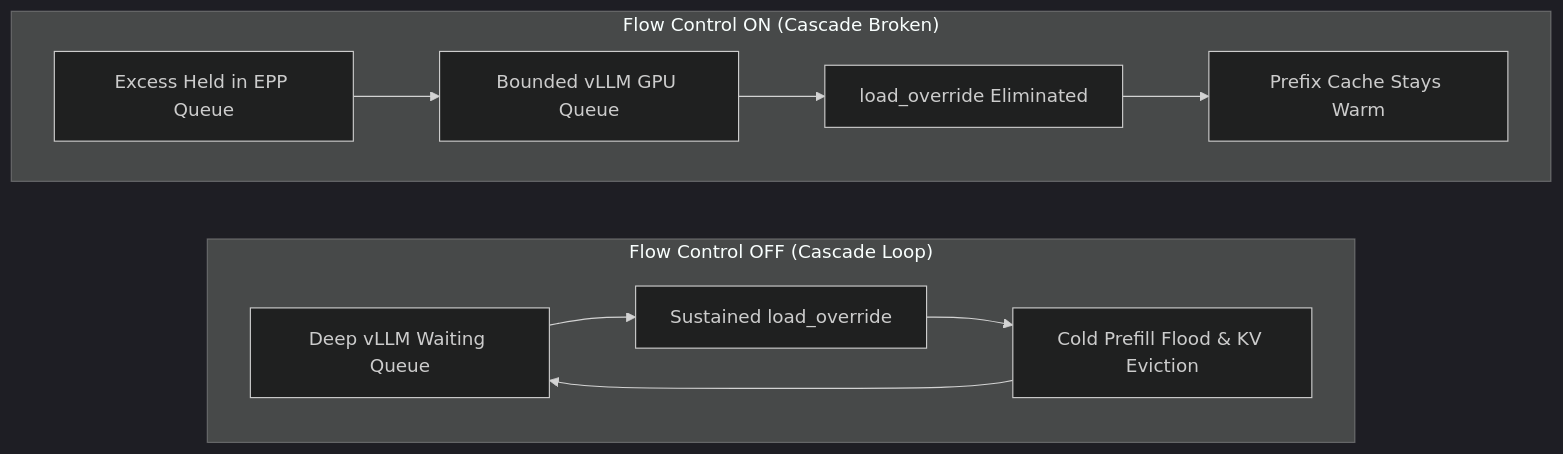
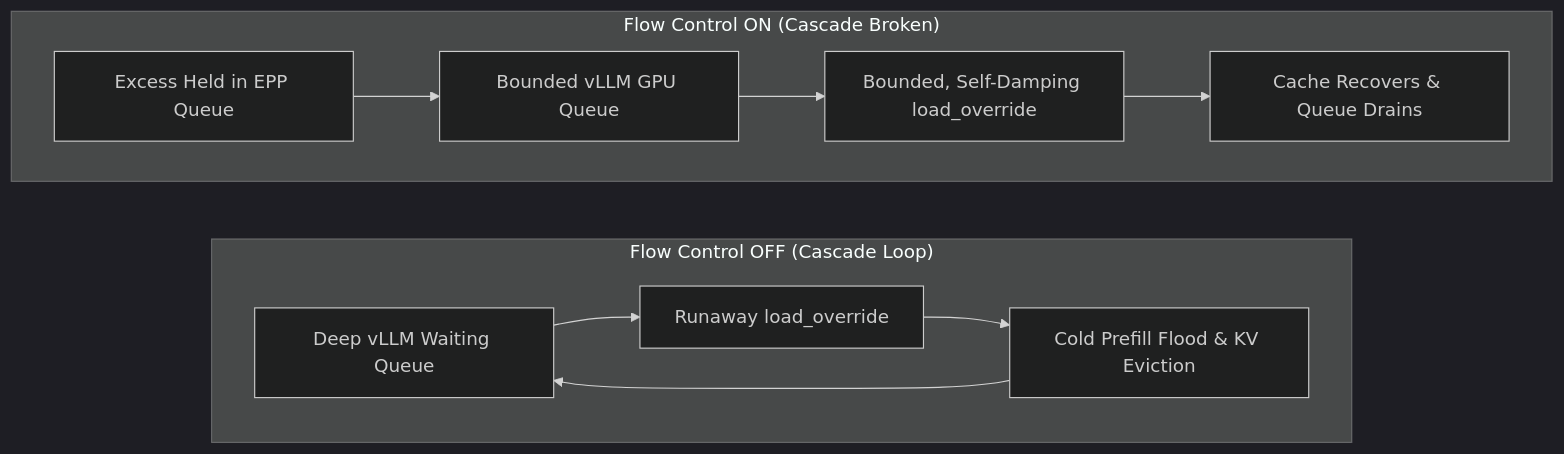
Before and after one commit to llm-d/llm-d: the second of 2 diagrams in guides/flow-control/README.md, drawn with Mermaid (dark theme). The commit also changed other lines of this file, not shown here.

Commit message:
docs(flow-control): frame Use Case 3 around cascade mitigation rather than zero load_override

````diff
--- a/guides/flow-control/README.md
+++ b/guides/flow-control/README.md
@@ -583,16 +585,16 @@
 ```mermaid
 flowchart LR
     subgraph Off["Flow Control OFF (Cascade Loop)"]
         direction LR
-        Q1["Deep vLLM Waiting Queue"] --> O1["Sustained load_override"]
+        Q1["Deep vLLM Waiting Queue"] --> O1["Runaway load_override"]
         O1 --> C1["Cold Prefill Flood & KV Eviction"]
         C1 --> Q1
     end
 
     subgraph On["Flow Control ON (Cascade Broken)"]
         direction LR
         E2["Excess Held in EPP Queue"] --> G2["Bounded vLLM GPU Queue"]
-        G2 --> O2["load_override Eliminated"]
-        O2 --> W2["Prefix Cache Stays Warm"]
+        G2 --> O2["Bounded, Self-Damping load_override"]
+        O2 --> W2["Cache Recovers & Queue Drains"]
     end
 ```
````
